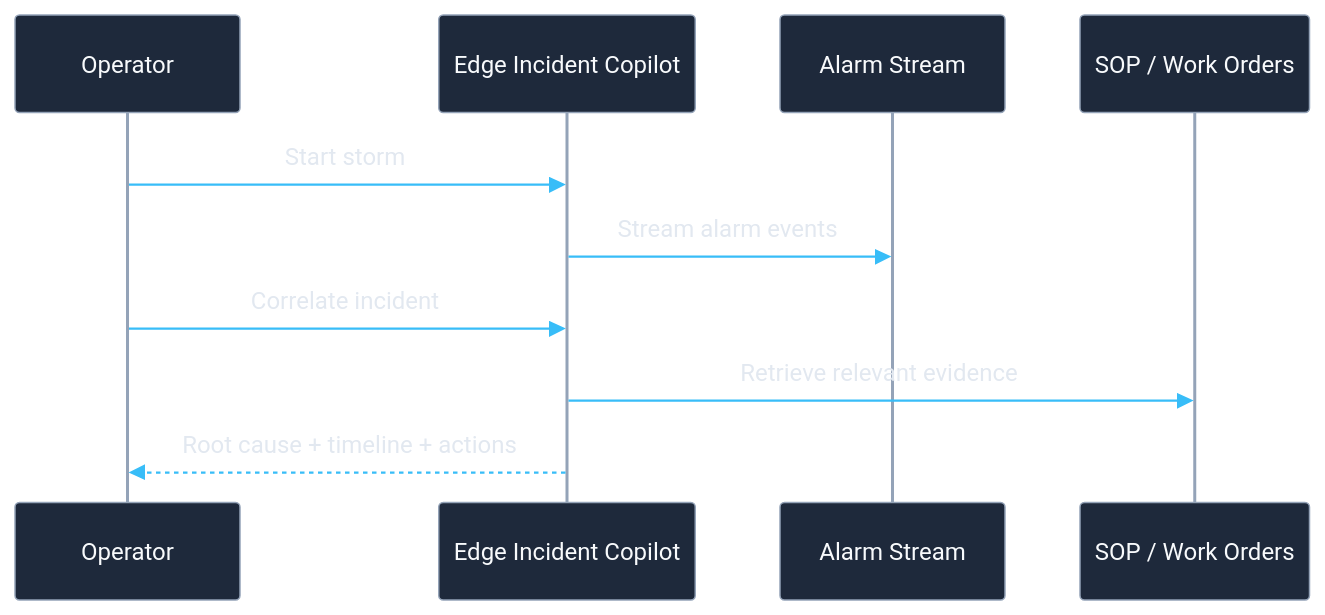
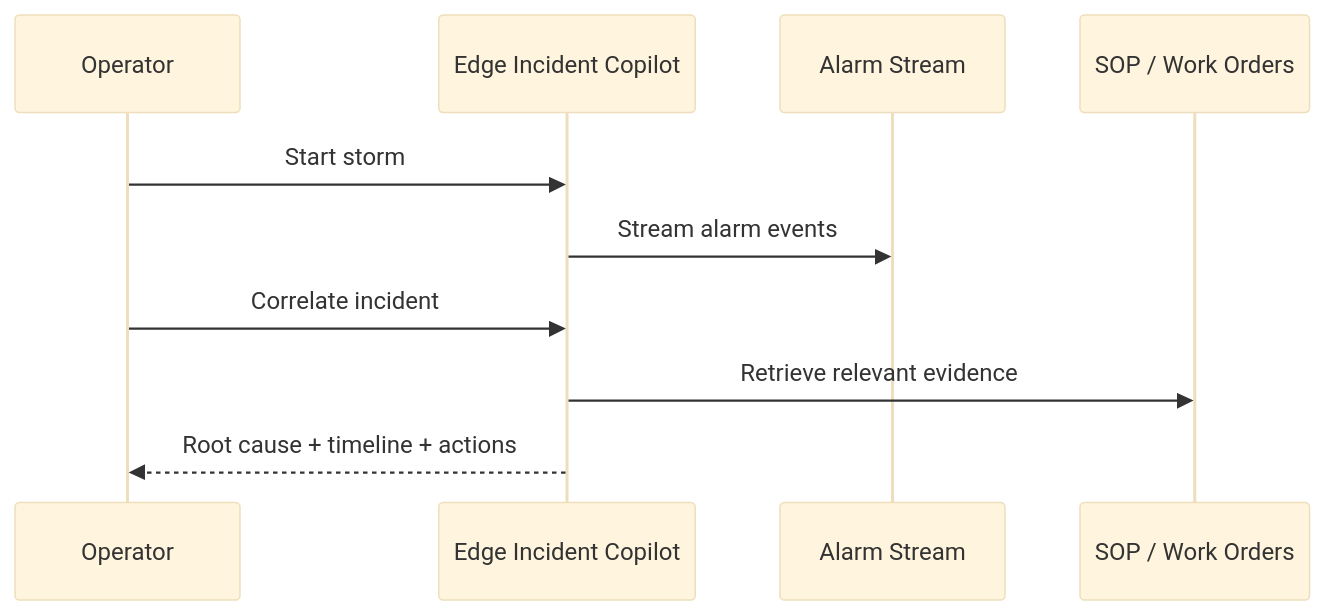
One commit to chunkai4u/edge-incident-copilot changed the fourth of 4 diagrams in README.md. Above: the diagram before and after it, drawn with Mermaid.

````diff
--- a/README.md
+++ b/README.md
@@ -139,13 +139,13 @@
 ```mermaid
-%%{init: {"theme": "base", "themeVariables": {"primaryColor": "#0f172a", "primaryTextColor": "#e0f2fe", "primaryBorderColor": "#38bdf8", "actorBkg": "#1e293b", "actorBorder": "#94a3b8", "actorTextColor": "#f8fafc", "signalColor": "#38bdf8", "signalTextColor": "#e2e8f0", "noteBkgColor": "#14532d", "noteTextColor": "#dcfce7"}}}%%
+%%{init: {"theme": "base"}}%%
 sequenceDiagram
     participant Operator
     participant Demo as Edge Incident Copilot
     participant Alarms as Alarm Stream
     participant Docs as SOP / Work Orders
     Operator->>Demo: Start storm
     Demo->>Alarms: Stream alarm events
     Operator->>Demo: Correlate incident
     Demo->>Docs: Retrieve relevant evidence
     Demo-->>Operator: Root cause + timeline + actions
 ```
````
